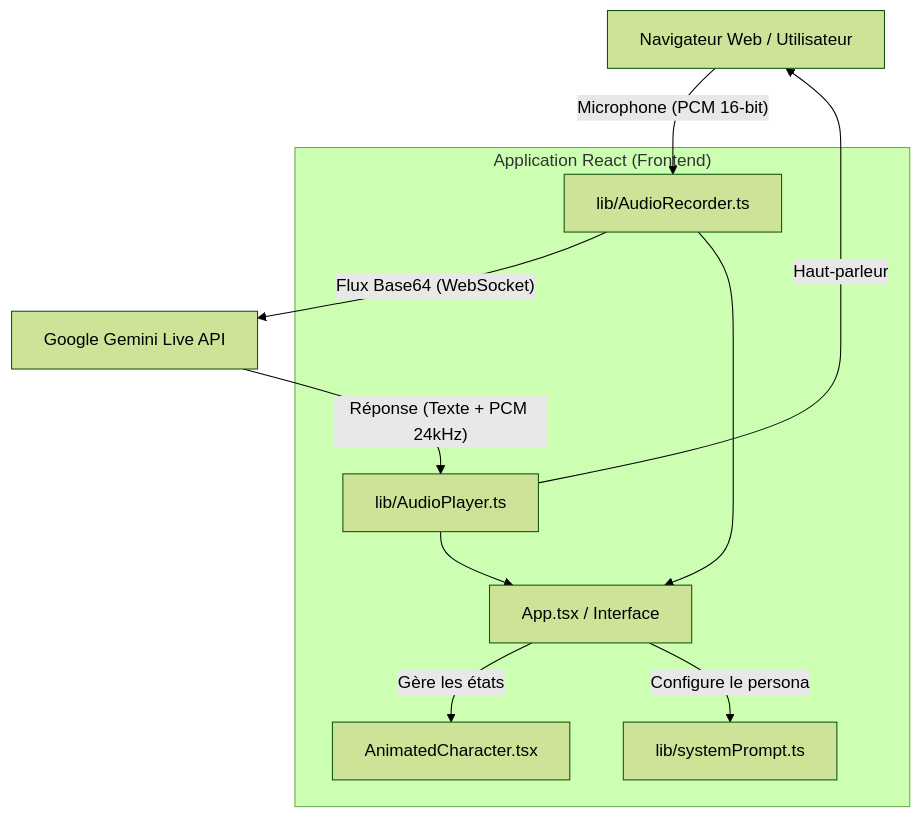
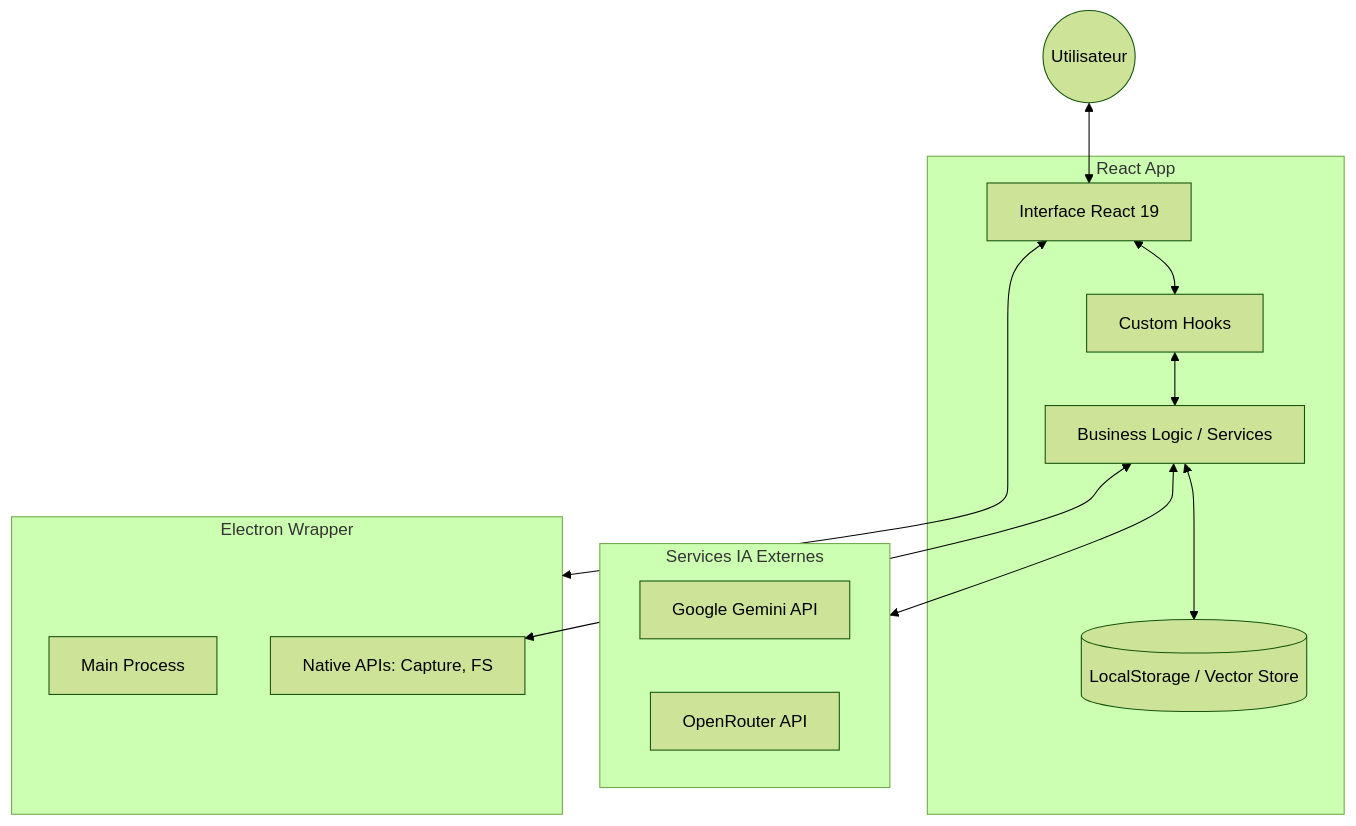
One commit to moonback/NeuroChat-2026 changed the diagram in ARCHITECTURE.md. Above: the diagram before and after it, drawn with Mermaid (forest theme). The commit also changed other lines of this file and 6 other files, not shown here.

Commit message:
docs: update project documentation to reflect local storage architecture and project status

````diff
--- a/ARCHITECTURE.md
+++ b/ARCHITECTURE.md
@@ -9,21 +11,30 @@
 ```mermaid
-graph TD;
-    Client[Navigateur Web / Utilisateur] 
-    Client -- Microphone (PCM 16-bit) --> AudioRecorder
-    AudioRecorder -- Flux Base64 (WebSocket) --> Gemini[Google Gemini Live API]
-    Gemini -- Réponse (Texte + PCM 24kHz) --> AudioPlayer
-    AudioPlayer -- Haut-parleur --> Client
+graph TD
+    User((Utilisateur))
     
-    subgraph "Application React (Frontend)"
-    UI[App.tsx / Interface]
-    Animations[AnimatedCharacter.tsx]
-    AudioRecorder[lib/AudioRecorder.ts]
-    AudioPlayer[lib/AudioPlayer.ts]
-    Prompt[lib/systemPrompt.ts]
+    subgraph Frontend [React App]
+        UI[Interface React 19]
+        Hooks[Custom Hooks]
+        Lib[Business Logic / Services]
+        Store[(LocalStorage / Vector Store)]
+    end
     
-    UI -->|Gère les états| Animations
-    UI --> |Configure le persona| Prompt
-    AudioRecorder --> UI
-    AudioPlayer --> UI
+    subgraph AI_Services [Services IA Externes]
+        Gemini[Google Gemini API]
+        OpenRouter[OpenRouter API]
     end
+    
+    subgraph Desktop [Electron Wrapper]
+        Main[Main Process]
+        Native[Native APIs: Capture, FS]
+    end
+
+    User <--> UI
+    UI <--> Hooks
+    Hooks <--> Lib
+    Lib <--> Store
+    
+    Lib <--> AI_Services
+    UI <--> Desktop
+    Lib <--> Native
 ```
````
